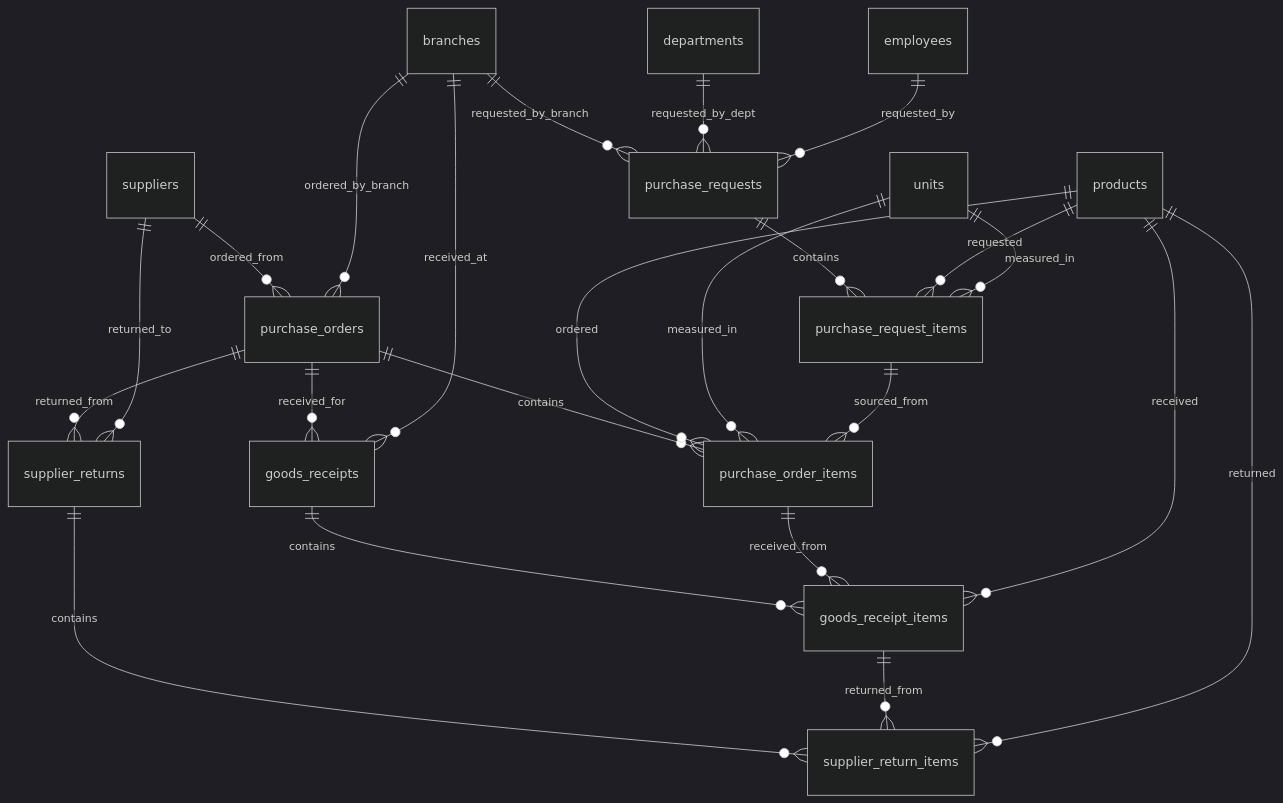
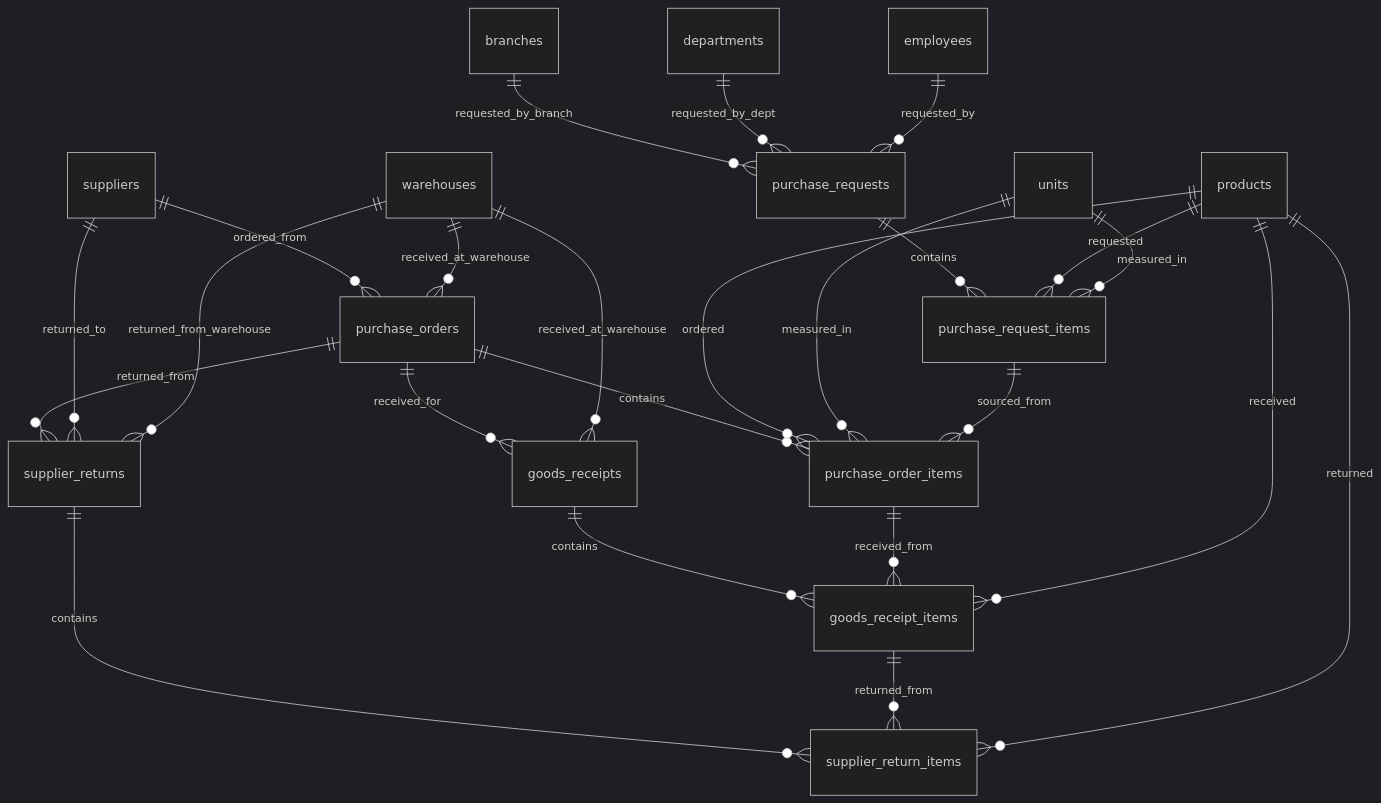
The first of 3 diagrams in docs/database/13_purchasing_design.md (gmedia/erp), drawn with Mermaid (dark theme) before and after one commit. The commit also changed other lines of this file, not shown here.

First line of the commit message:
docs(database): update purchasing design to use warehouses instead of branches

````diff
--- a/docs/database/13_purchasing_design.md
+++ b/docs/database/13_purchasing_design.md
@@ -51,32 +51,33 @@
 ```mermaid
 erDiagram
     branches ||--o{ purchase_requests : requested_by_branch
     departments ||--o{ purchase_requests : requested_by_dept
     employees ||--o{ purchase_requests : requested_by
 
     purchase_requests ||--o{ purchase_request_items : contains
     products ||--o{ purchase_request_items : requested
     units ||--o{ purchase_request_items : measured_in
 
     suppliers ||--o{ purchase_orders : ordered_from
-    branches ||--o{ purchase_orders : ordered_by_branch
+    warehouses ||--o{ purchase_orders : received_at_warehouse
 
     purchase_orders ||--o{ purchase_order_items : contains
     products ||--o{ purchase_order_items : ordered
     units ||--o{ purchase_order_items : measured_in
     purchase_request_items ||--o{ purchase_order_items : sourced_from
 
     purchase_orders ||--o{ goods_receipts : received_for
-    branches ||--o{ goods_receipts : received_at
+    warehouses ||--o{ goods_receipts : received_at_warehouse
 
     goods_receipts ||--o{ goods_receipt_items : contains
     purchase_order_items ||--o{ goods_receipt_items : received_from
     products ||--o{ goods_receipt_items : received
 
     purchase_orders ||--o{ supplier_returns : returned_from
     suppliers ||--o{ supplier_returns : returned_to
+    warehouses ||--o{ supplier_returns : returned_from_warehouse
 
     supplier_returns ||--o{ supplier_return_items : contains
     goods_receipt_items ||--o{ supplier_return_items : returned_from
     products ||--o{ supplier_return_items : returned
 ```
````
